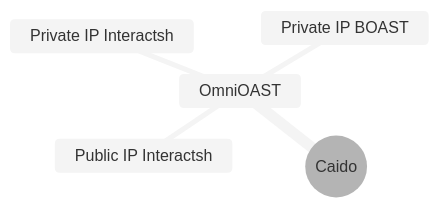
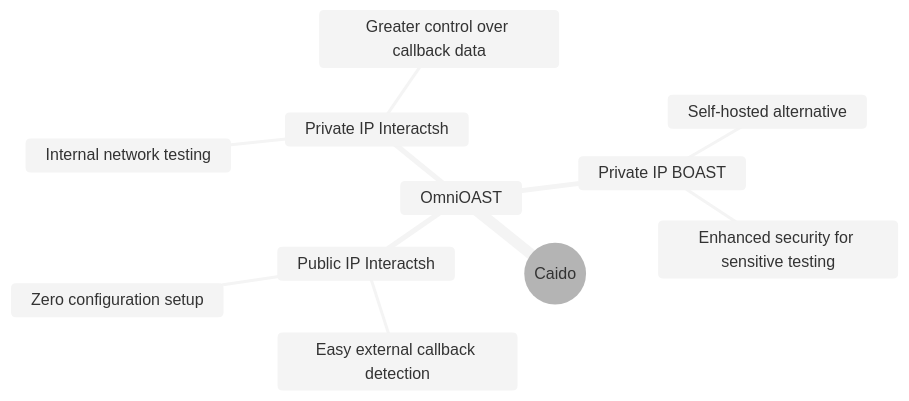
One commit to hahwul/OmniOAST changed the diagram in README.md. Above: the diagram before and after it, drawn with Mermaid (neutral theme). The commit also changed other lines of this file, not shown here.

Commit message:
Add Concept section explaining OmniOAST features and architecture

````diff
--- a/README.md
+++ b/README.md
@@ -29,8 +26,14 @@
 ```mermaid
 mindmap
   root((Caido))
     OmniOAST
       Public IP Interactsh
+        Easy external callback detection
+        Zero configuration setup
       Private IP Interactsh
+        Internal network testing
+        Greater control over callback data
       Private IP BOAST
+        Self-hosted alternative
+        Enhanced security for sensitive testing
 ```
````
